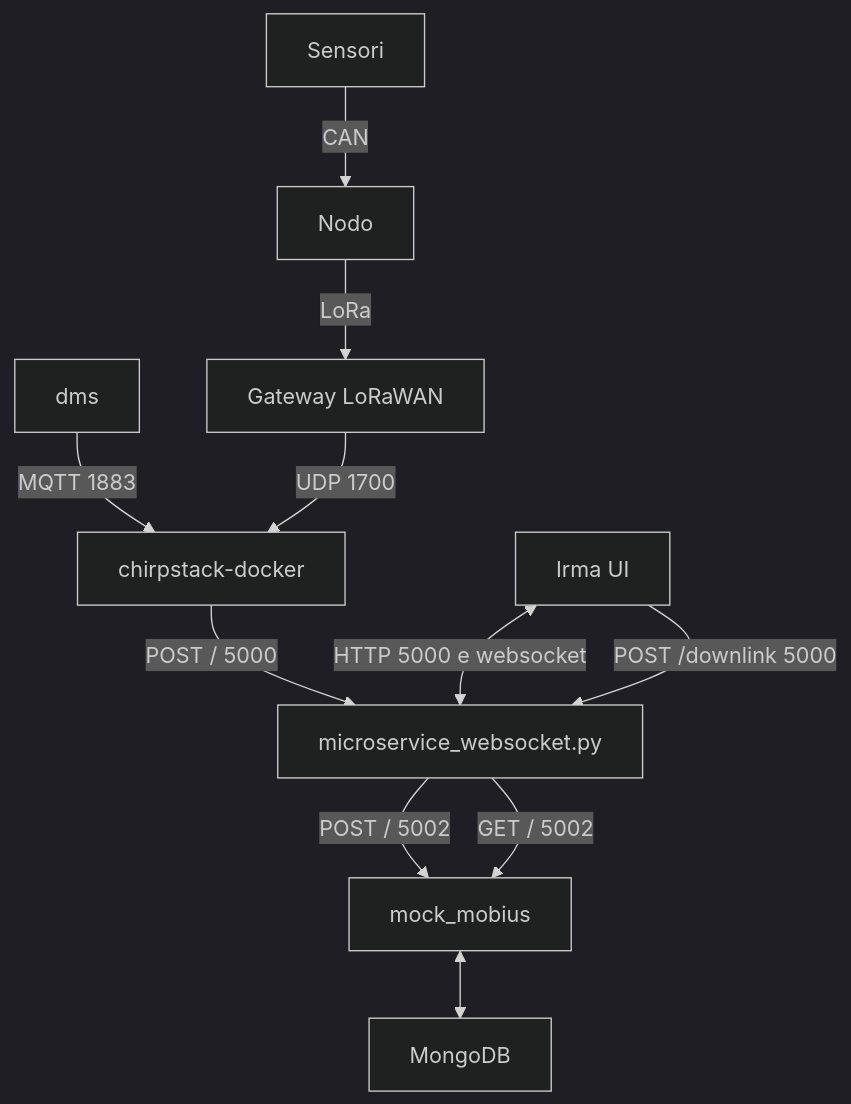
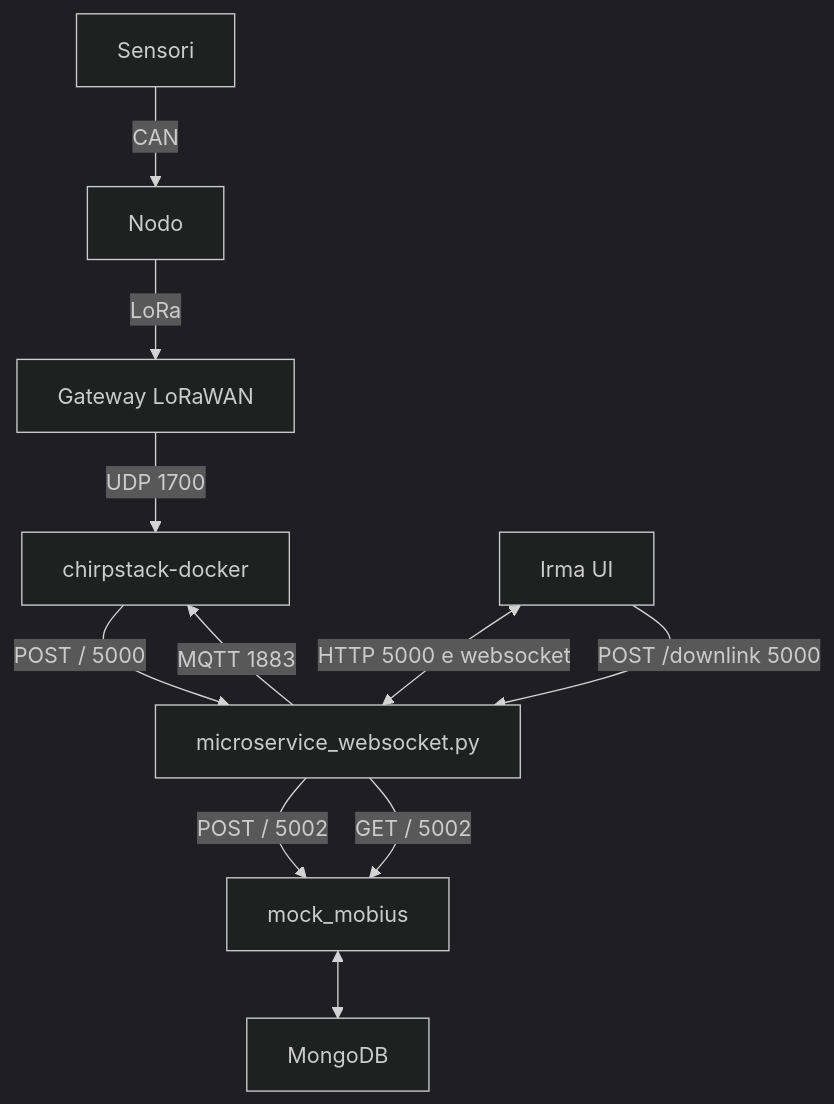
One commit to monemasrl/irma changed the first of 4 diagrams in README.md. Above: the diagram before and after it, drawn with Mermaid (dark theme).

````diff
--- a/README.md
+++ b/README.md
@@ -8,24 +8,24 @@
 ```mermaid
 graph TD;
 
 chirpstack[chirpstack-docker]
 msw[microservice_websocket.py]
 mm[mock_mobius]
 db[MongoDB]
 irma-ui[Irma UI]
 
 gateway[Gateway LoRaWAN]
 nodo[Nodo]
 sensori[Sensori]
 
 chirpstack -- POST / 5000 --> msw
 msw -- POST / 5002 --> mm
 msw -- GET / 5002 --> mm
 mm <--> db
 irma-ui <-- HTTP 5000 e websocket --> msw
 irma-ui -- POST /downlink 5000 --> msw
-dms -- MQTT 1883 --> chirpstack
+msw -- MQTT 1883 --> chirpstack
 gateway -- UDP 1700 --> chirpstack
 nodo -- LoRa --> gateway
 sensori -- CAN --> nodo
 ```
````
